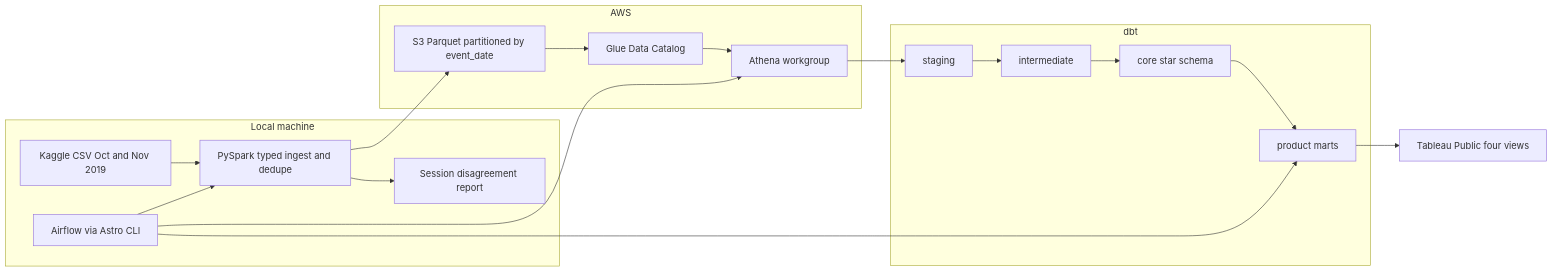
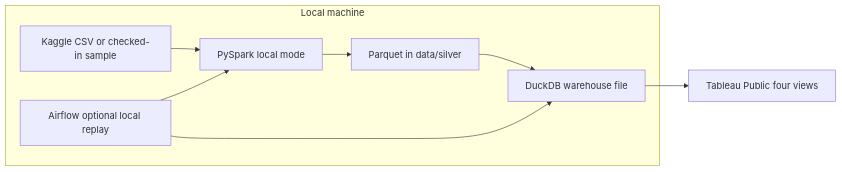
Before and after one commit to Rutvij1998/clickstream-to-cohorts: the diagram in docs/architecture.mmd, drawn with Mermaid. The commit also changed 39 other files, not shown here.

```diff
--- a/docs/architecture.mmd
+++ b/docs/architecture.mmd
@@ -1,33 +1,16 @@
 flowchart LR
   subgraph local [Local machine]
-    kaggle[Kaggle CSV Oct and Nov 2019]
-    spark[PySpark typed ingest and dedupe]
-    session[Session disagreement report]
-    airflow[Airflow via Astro CLI]
-  end
-  subgraph aws [AWS]
-    s3[S3 Parquet partitioned by event_date]
-    glue[Glue Data Catalog]
-    athena[Athena workgroup]
-  end
-  subgraph transform [dbt]
-    staging[staging]
-    intermediate[intermediate]
-    core[core star schema]
-    marts[product marts]
+    kaggle[Kaggle CSV or checked-in sample]
+    spark[PySpark local mode]
+    parquet[Parquet in data/silver]
+    duckdb[DuckDB warehouse file]
+    airflow[Airflow optional local replay]
   end
   tableau[Tableau Public four views]
 
   kaggle --> spark
-  spark --> session
-  spark --> s3
-  s3 --> glue
-  glue --> athena
-  athena --> staging
-  staging --> intermediate
-  intermediate --> core
-  core --> marts
-  marts --> tableau
+  spark --> parquet
+  parquet --> duckdb
+  duckdb --> tableau
   airflow --> spark
-  airflow --> athena
-  airflow --> marts
+  airflow --> duckdb
```
